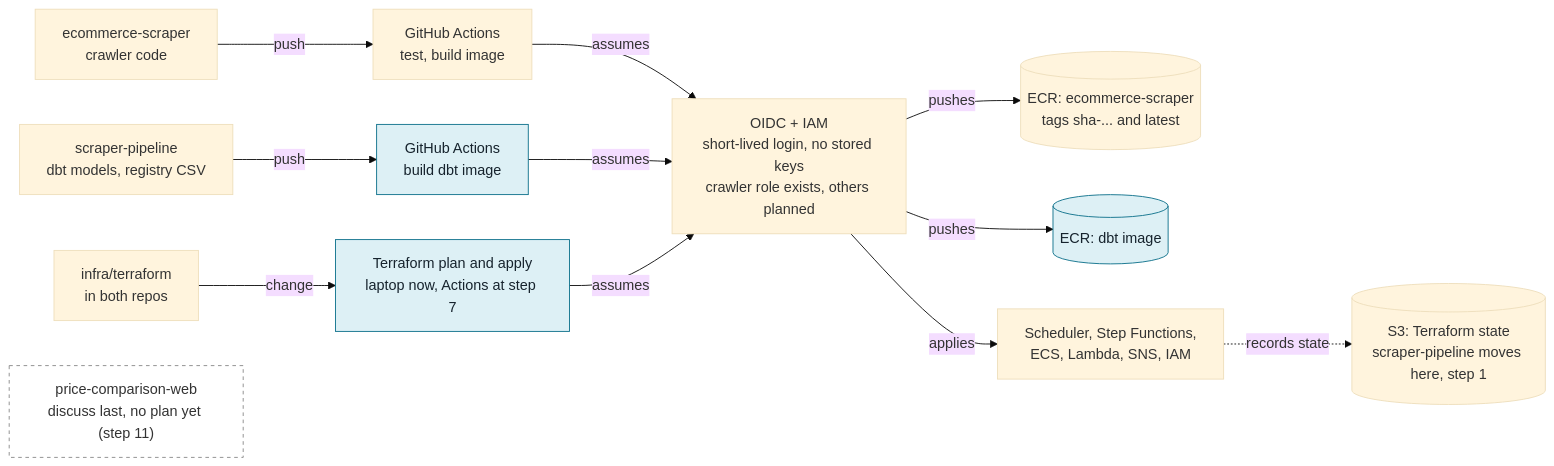
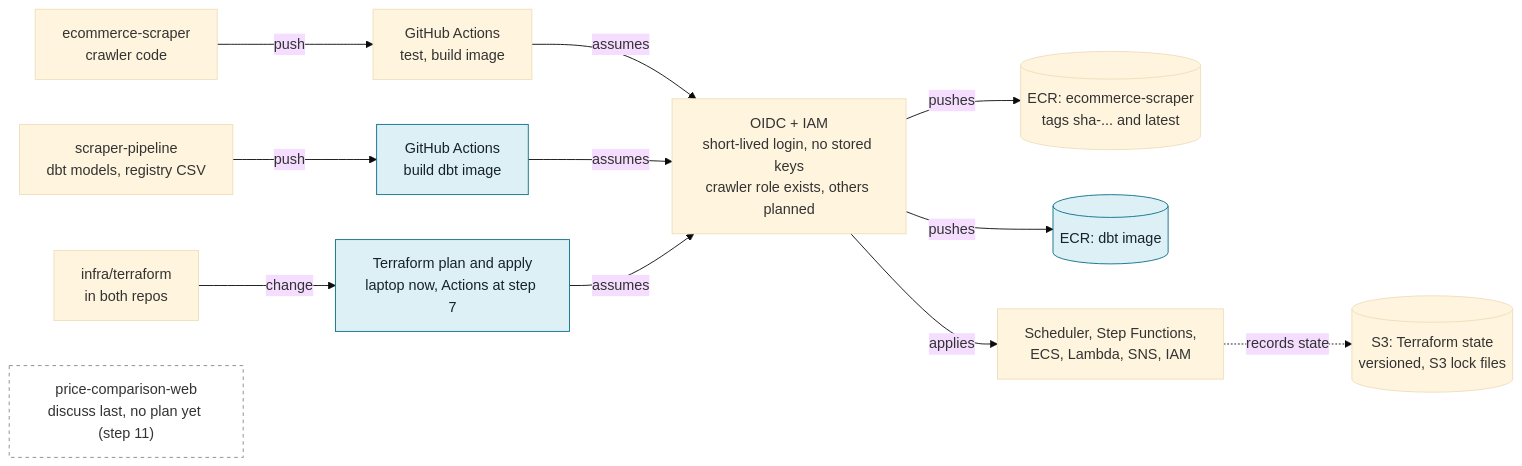
Before and after one commit to tareklel/ecommerce-scraper: the second of 2 diagrams in docs/cicd_architecture.md, drawn with Mermaid (base theme). The commit also changed other lines of this file and 4 other files, not shown here.

First line of the commit message:
infra: lock Terraform state with S3 lock files; CI/CD step 1 done

````diff
--- a/docs/cicd_architecture.md
+++ b/docs/cicd_architecture.md
@@ -108,30 +108,30 @@
 ```mermaid
 flowchart LR
   crawler["ecommerce-scraper<br/>crawler code"]
   pipeline["scraper-pipeline<br/>dbt models, registry CSV"]
   infra["infra/terraform<br/>in both repos"]
 
   buildcrawler["GitHub Actions<br/>test, build image"]
   builddbt["GitHub Actions<br/>build dbt image"]:::planned
   applytf["Terraform plan and apply<br/>laptop now, Actions at step 7"]:::planned
 
   oidc["OIDC + IAM<br/>short-lived login, no stored keys<br/>crawler role exists, others planned"]
 
   ecrcrawler[("ECR: ecommerce-scraper<br/>tags sha-... and latest")]
   ecrdbt[("ECR: dbt image")]:::planned
   awsres["Scheduler, Step Functions,<br/>ECS, Lambda, SNS, IAM"]
-  tfstate[("S3: Terraform state<br/>scraper-pipeline moves here, step 1")]
+  tfstate[("S3: Terraform state<br/>versioned, S3 lock files")]
 
   crawler -->|push| buildcrawler -->|assumes| oidc
   pipeline -->|push| builddbt -->|assumes| oidc
   infra -->|change| applytf -->|assumes| oidc
   oidc -->|pushes| ecrcrawler
   oidc -->|pushes| ecrdbt
   oidc -->|applies| awsres
   awsres -.->|"records state"| tfstate
 
   web["price-comparison-web<br/>discuss last, no plan yet (step 11)"]:::later
 
   classDef planned fill:#ddf0f5,stroke:#0b6f8a,color:#16232d
   classDef later fill:none,stroke:#888888,stroke-dasharray:4 4
 ```
````
